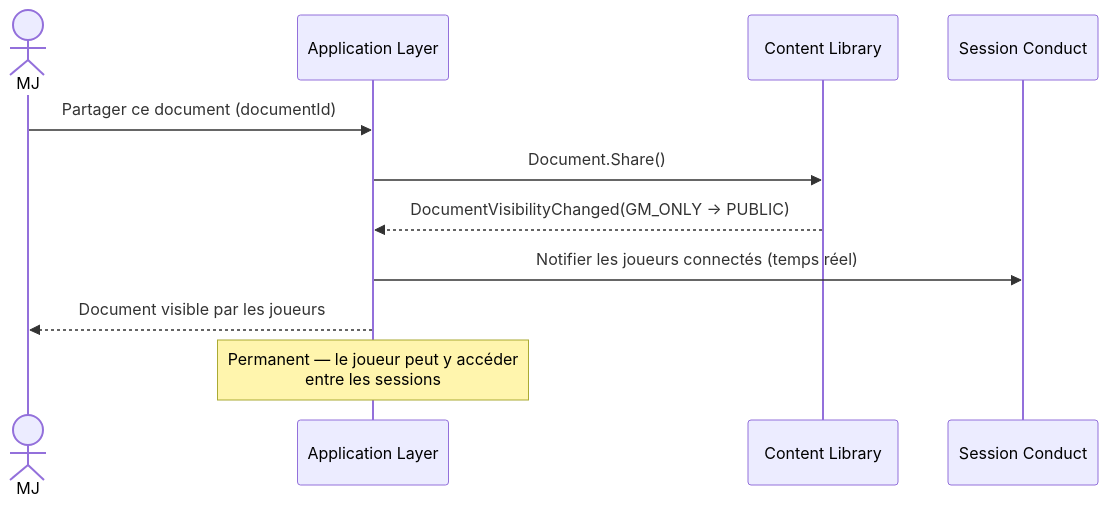
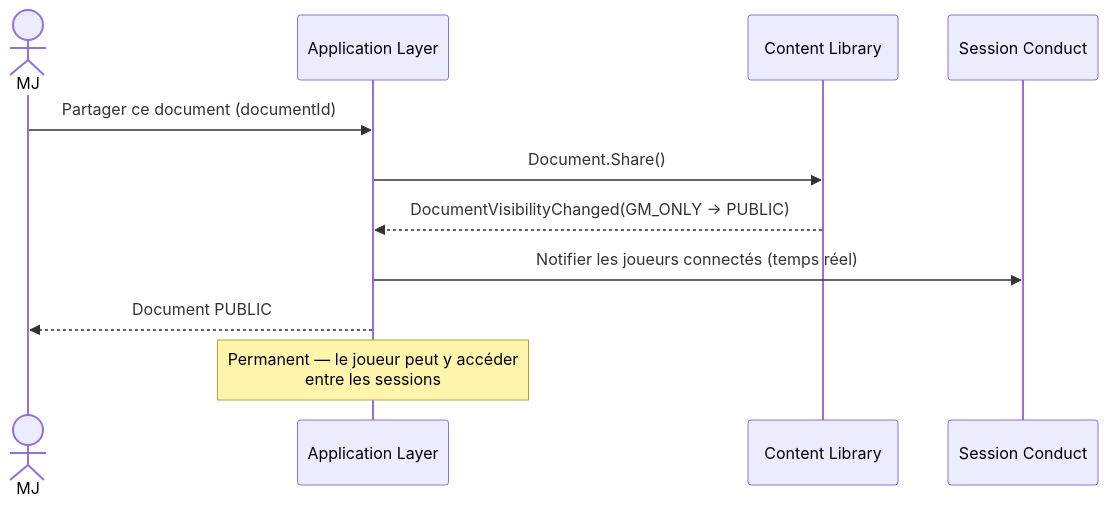
The sixth of 8 diagrams in docs/conception/domain/diagrams/flows/content-library.md (2025-10-CDA-ECO-P6/PM-micro-saas), drawn with Mermaid before and after one commit. The commit also changed 140 other files, not shown here.

````diff
--- a/docs/conception/domain/diagrams/flows/content-library.md
+++ b/docs/conception/domain/diagrams/flows/content-library.md
@@ -90,14 +90,14 @@
 ```mermaid
 sequenceDiagram
     actor MJ
     participant App as Application Layer
     participant CL as Content Library
     participant SC as Session Conduct
 
     MJ->>App: Partager ce document (documentId)
     App->>CL: Document.Share()
     CL-->>App: DocumentVisibilityChanged(GM_ONLY → PUBLIC)
     App->>SC: Notifier les joueurs connectés (temps réel)
-    App-->>MJ: Document visible par les joueurs
+    App-->>MJ: Document PUBLIC
     Note over App: Permanent — le joueur peut y accéder<br/>entre les sessions
 ```
````
